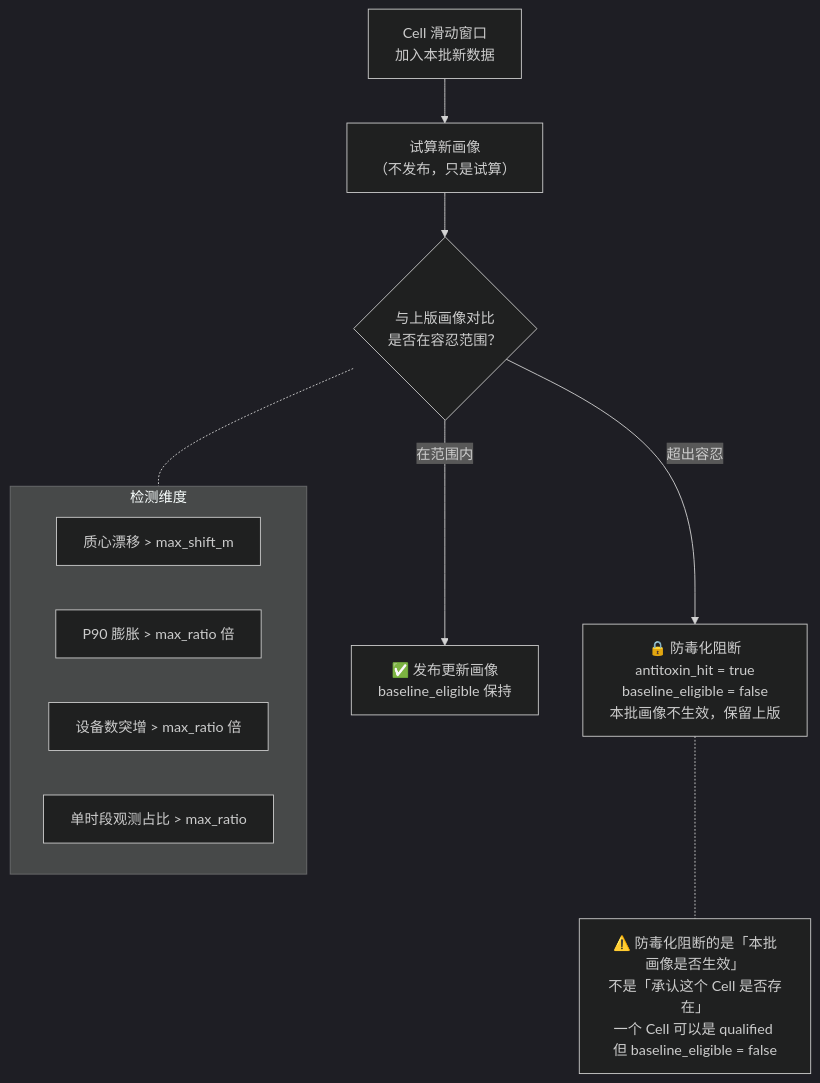
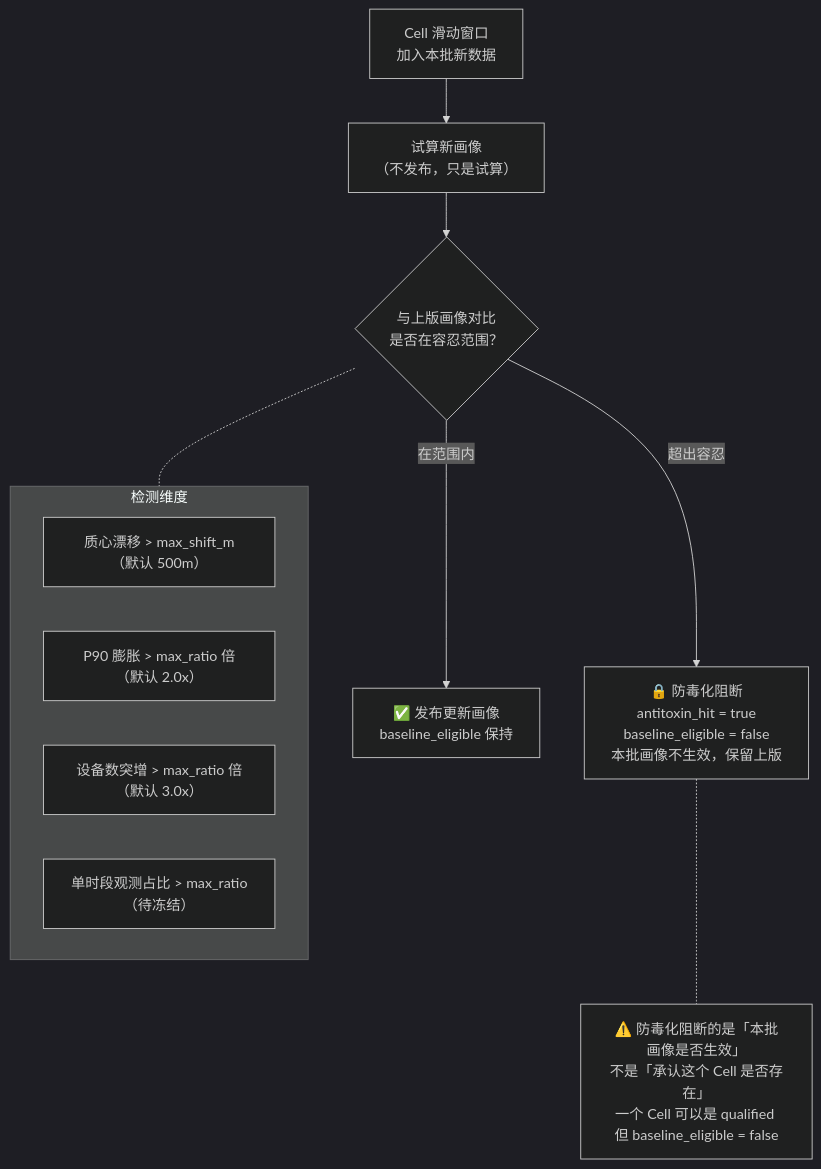
The seventh of 11 diagrams in rebuild5/docs/human_guide/05_Step5_画像维护.md (laoyang75/OptiNet), drawn with Mermaid (dark theme) before and after one commit. The commit also changed other lines of this file and 169 other files, not shown here.

````diff
--- a/rebuild5/docs/human_guide/05_Step5_画像维护.md
+++ b/rebuild5/docs/human_guide/05_Step5_画像维护.md
@@ -165,28 +182,28 @@
 ```mermaid
 flowchart TD
     WIN["Cell 滑动窗口\n加入本批新数据"]
 
     TRY["试算新画像\n（不发布，只是试算）"]
 
     COMPARE{"与上版画像对比\n是否在容忍范围？"}
 
     PUBLISH["✅ 发布更新画像\nbaseline_eligible 保持"]
 
     BLOCK["🔒 防毒化阻断\nantitoxin_hit = true\nbaseline_eligible = false\n本批画像不生效，保留上版"]
 
     WIN --> TRY --> COMPARE
     COMPARE -->|"在范围内"| PUBLISH
     COMPARE -->|"超出容忍"| BLOCK
 
     subgraph 检测维度
-        D1["质心漂移 > max_shift_m"]
-        D2["P90 膨胀 > max_ratio 倍"]
-        D3["设备数突增 > max_ratio 倍"]
-        D4["单时段观测占比 > max_ratio"]
+        D1["质心漂移 > max_shift_m（默认 500m）"]
+        D2["P90 膨胀 > max_ratio 倍（默认 2.0x）"]
+        D3["设备数突增 > max_ratio 倍（默认 3.0x）"]
+        D4["单时段观测占比 > max_ratio（待冻结）"]
     end
 
     COMPARE -.- 检测维度
 
     NOTE["⚠️ 防毒化阻断的是「本批画像是否生效」\n不是「承认这个 Cell 是否存在」\n一个 Cell 可以是 qualified 但 baseline_eligible = false"]
     BLOCK -.- NOTE
 ```
````
